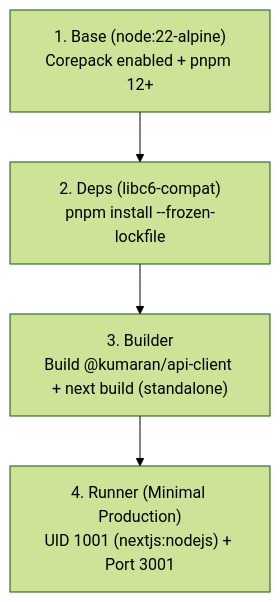
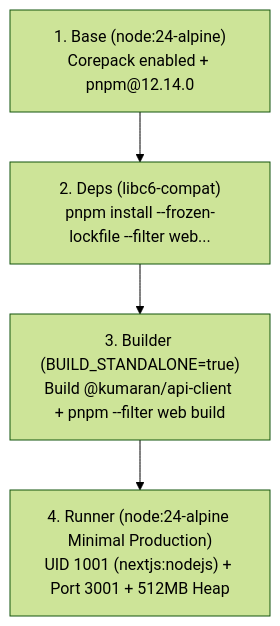
Before and after one commit to Kathir-24/Kumaran-finance: the first of 2 diagrams in docs/web/docker-and-production-spec.md, drawn with Mermaid (forest theme). The commit also changed other lines of this file and 4 other files, not shown here.

````diff
--- a/docs/web/docker-and-production-spec.md
+++ b/docs/web/docker-and-production-spec.md
@@ -15,11 +15,11 @@
 ```mermaid
 flowchart TD
-    Base["1. Base (node:22-alpine)\nCorepack enabled + pnpm 12+"]
-    Deps["2. Deps (libc6-compat)\npnpm install --frozen-lockfile"]
-    Builder["3. Builder\nBuild @kumaran/api-client + next build (standalone)"]
-    Runner["4. Runner (Minimal Production)\nUID 1001 (nextjs:nodejs) + Port 3001"]
+    Base["1. Base (node:24-alpine)\nCorepack enabled + pnpm@12.14.0"]
+    Deps["2. Deps (libc6-compat)\npnpm install --frozen-lockfile --filter web..."]
+    Builder["3. Builder (BUILD_STANDALONE=true)\nBuild @kumaran/api-client + pnpm --filter web build"]
+    Runner["4. Runner (node:24-alpine Minimal Production)\nUID 1001 (nextjs:nodejs) + Port 3001 + 512MB Heap"]
 
     Base --> Deps
     Deps --> Builder
     Builder --> Runner
 ```
````
